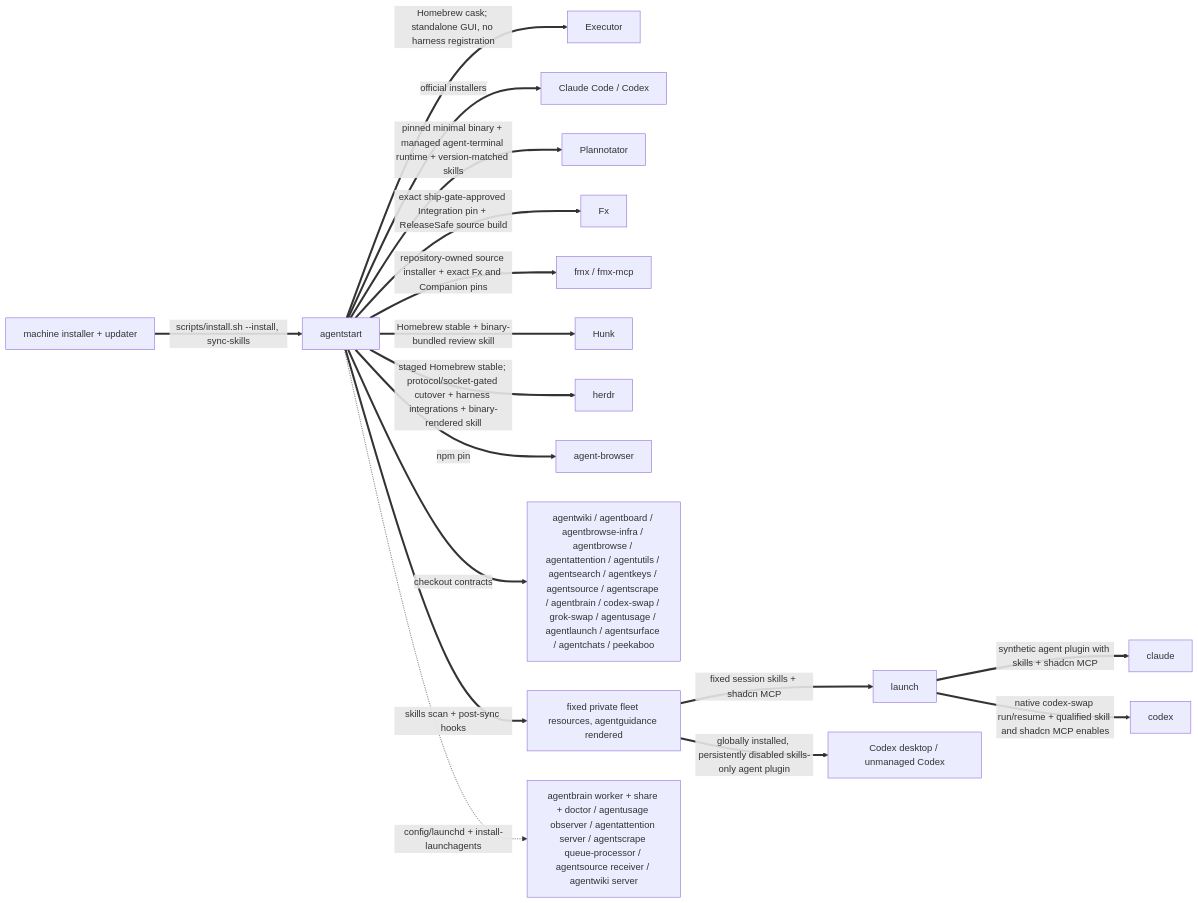
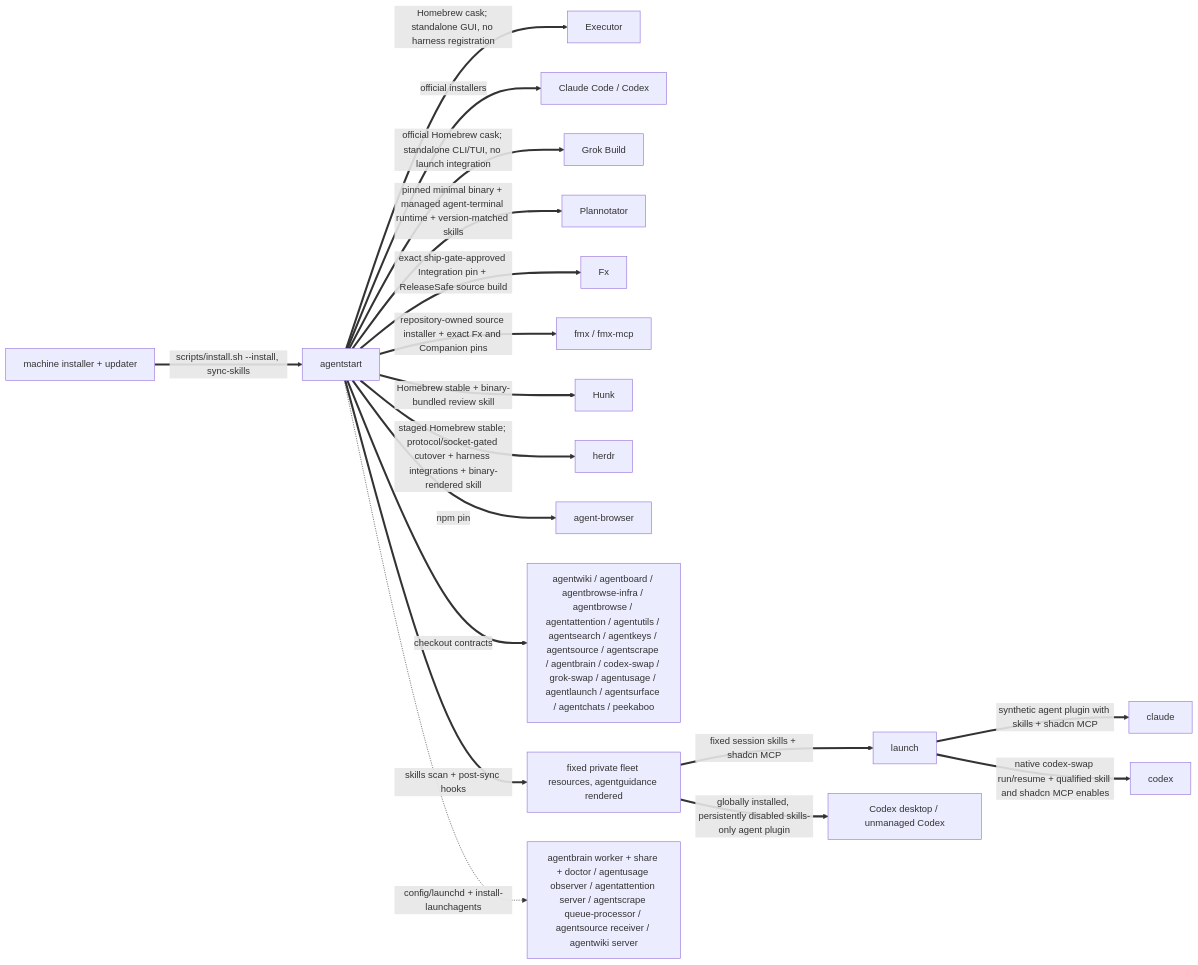
The second of 3 diagrams in skills/fleet/MAP.md (possibilities/agentstart), drawn with Mermaid before and after one commit. The commit also changed other lines of this file and 3 other files, not shown here.

Commit message:
Install Grok Build through AgentStart

````diff
--- a/skills/fleet/MAP.md
+++ b/skills/fleet/MAP.md
@@ -92,22 +92,23 @@
 ```mermaid
 flowchart LR
     machine[machine installer + updater]
     start[agentstart]
 
     machine ==>|scripts/install.sh --install, sync-skills| start
     start ==>|Homebrew cask; standalone GUI, no harness registration| executor[Executor]
     start ==>|official installers| harnesses[Claude Code / Codex]
+    start ==>|official Homebrew cask; standalone CLI/TUI, no launch integration| grok[Grok Build]
     start ==>|pinned minimal binary + managed agent-terminal runtime + version-matched skills| plannotator[Plannotator]
     start ==>|exact ship-gate-approved Integration pin + ReleaseSafe source build| fx[Fx]
     start ==>|repository-owned source installer + exact Fx and Companion pins| fmxInstall[fmx / fmx-mcp]
     start ==>|Homebrew stable + binary-bundled review skill| hunk[Hunk]
     start ==>|staged Homebrew stable; protocol/socket-gated cutover + harness integrations + binary-rendered skill| herdrInstall[herdr]
     start ==>|npm pin| browser[agent-browser]
     start ==>|checkout contracts| fleet[agentwiki / agentboard / agentbrowse-infra / agentbrowse / agentattention / agentutils / agentsearch / agentkeys / agentsource / agentscrape / agentbrain / codex-swap / grok-swap / agentusage / agentlaunch / agentsurface / agentchats / peekaboo]
     start ==>|skills scan + post-sync hooks| skills[fixed private fleet resources, agentguidance rendered]
     skills ==>|fixed session skills + shadcn MCP| launch
     launch ==>|synthetic agent plugin with skills + shadcn MCP| claude
     launch ==>|native codex-swap run/resume + qualified skill and shadcn MCP enables| codex
     skills ==>|globally installed, persistently disabled skills-only agent plugin| codexDesktop[Codex desktop / unmanaged Codex]
     start -.->|config/launchd + install-launchagents| services[agentbrain worker + share + doctor / agentusage observer / agentattention server / agentscrape queue-processor / agentsource receiver / agentwiki server]
 ```
````
